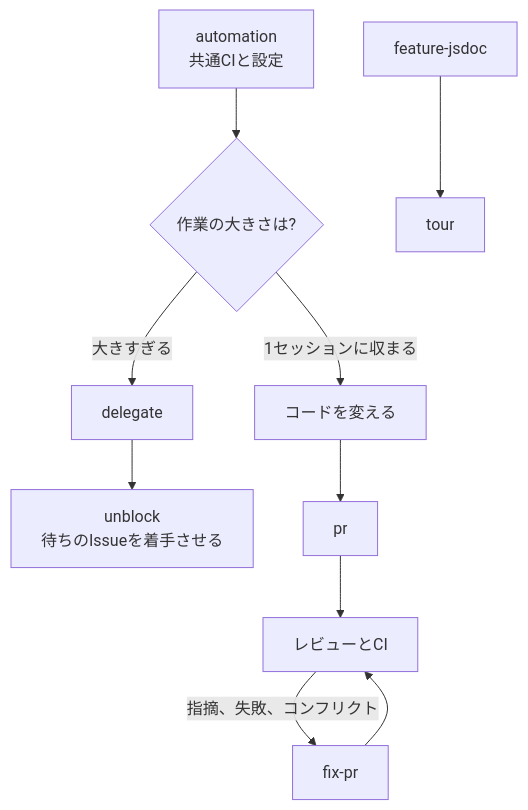
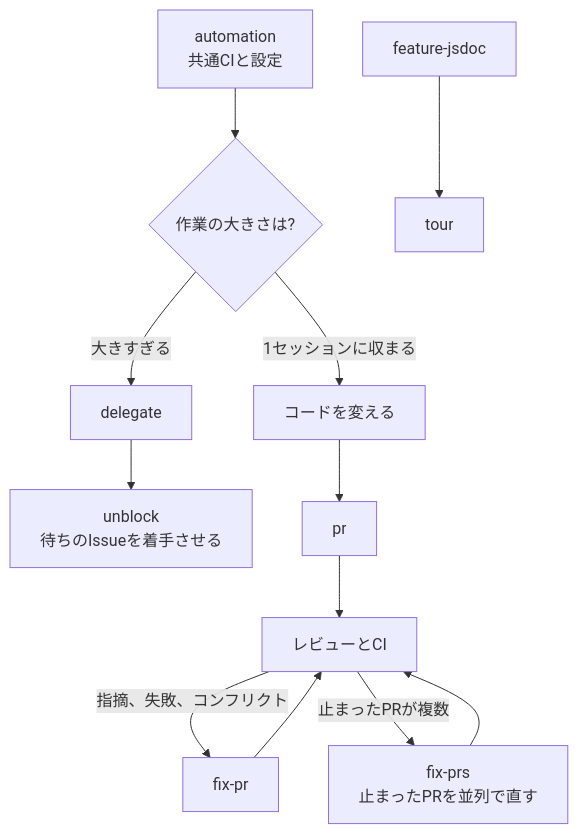
Before and after one commit to omni-stove/skill-kit: the diagram in domains/code/README.ja.md, drawn with Mermaid. The commit also changed other lines of this file and 23 other files, not shown here.

````diff
--- a/domains/code/README.ja.md
+++ b/domains/code/README.ja.md
@@ -8,13 +8,15 @@
 ```mermaid
 flowchart TD
   automation[automation<br/>共通CIと設定] --> work
   jsdoc[feature-jsdoc] --> tour[tour]
   work{作業の大きさは?}
   work -- "1セッションに収まる" --> change[コードを変える]
   work -- "大きすぎる" --> issue[delegate]
   issue --> unblock[unblock<br/>待ちのIssueを着手させる]
   change --> pr[pr]
   pr --> review[レビューとCI]
   review -- "指摘、失敗、コンフリクト" --> fixpr[fix-pr]
   fixpr --> review
+  review -- "止まったPRが複数" --> fixprs[fix-prs<br/>止まったPRを並列で直す]
+  fixprs --> review
 ```
````
